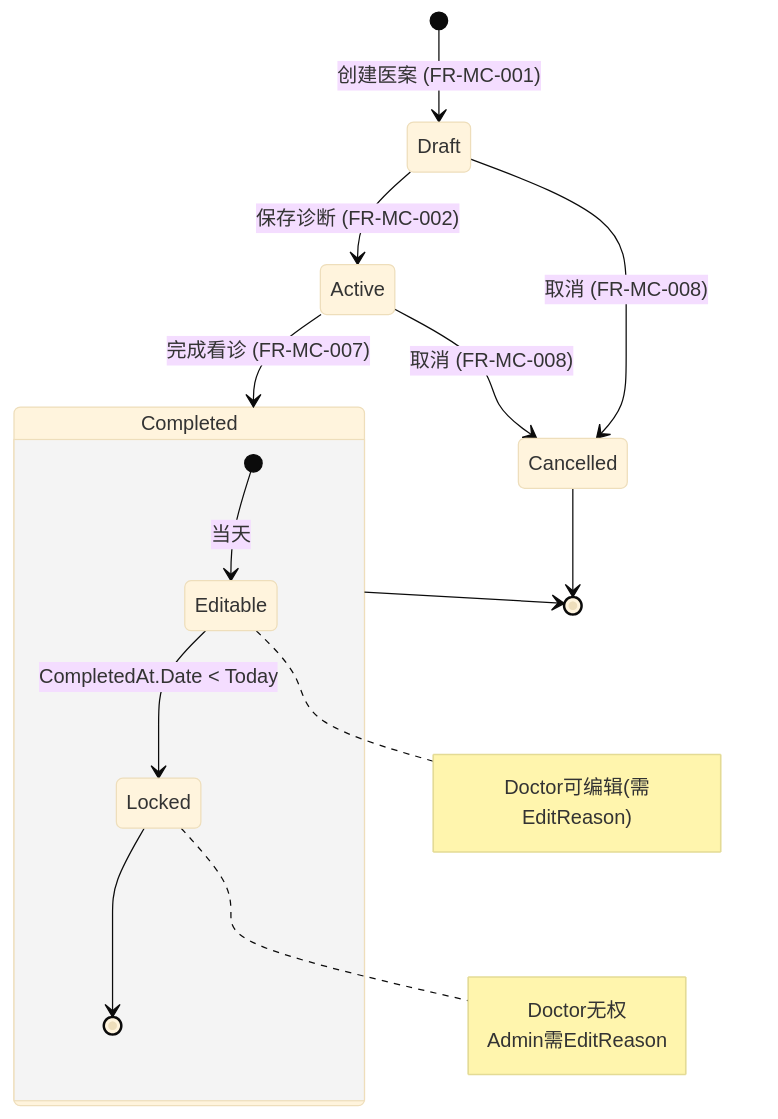
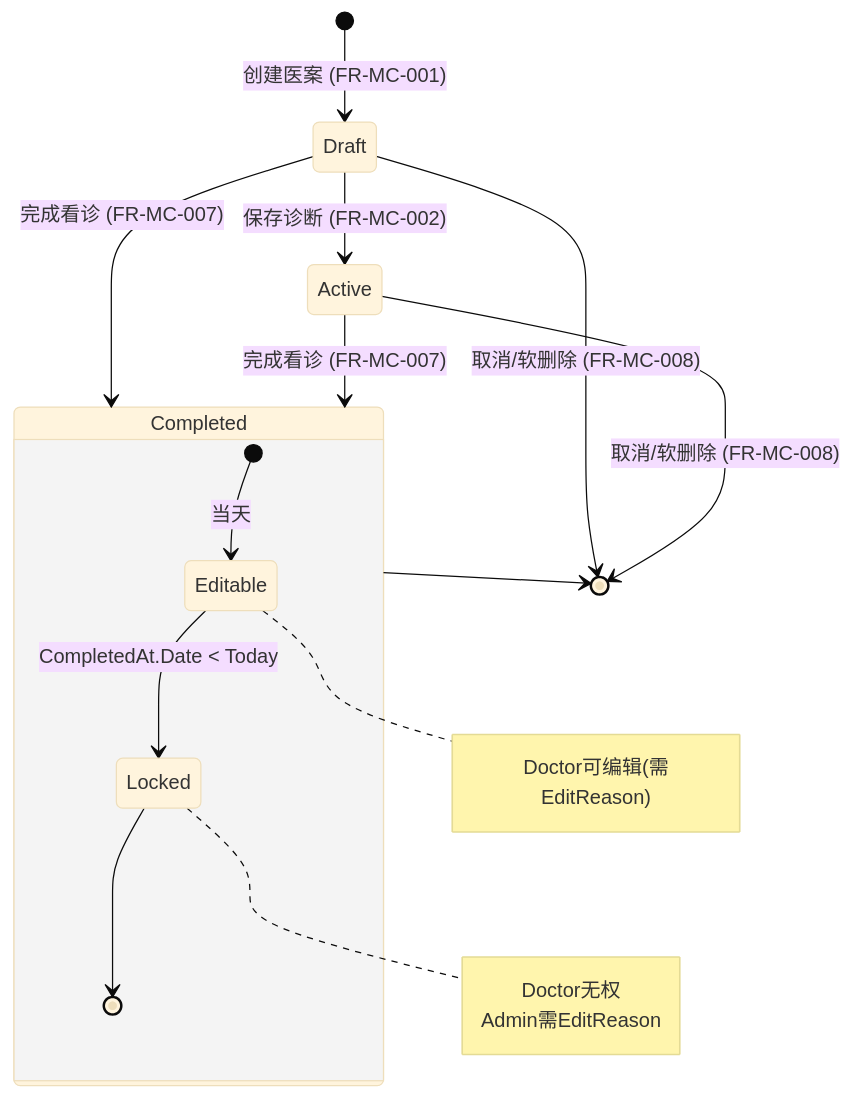
One commit to shouqitao/LYBTZYZS changed the third of 4 diagrams in docs/01-product/clinical-workflow.md. Above: the diagram before and after it, drawn with Mermaid (base theme). The commit also changed other lines of this file and 30 other files, not shown here.

````diff
--- a/docs/01-product/clinical-workflow.md
+++ b/docs/01-product/clinical-workflow.md
@@ -230,19 +230,19 @@
 ```mermaid
 stateDiagram-v2
     [*] --> Draft: 创建医案 (FR-MC-001)
     Draft --> Active: 保存诊断 (FR-MC-002)
-    Draft --> Cancelled: 取消 (FR-MC-008)
+    Draft --> Completed: 完成看诊 (FR-MC-007)
+    Draft --> [*]: 取消/软删除 (FR-MC-008)
     Active --> Completed: 完成看诊 (FR-MC-007)
-    Active --> Cancelled: 取消 (FR-MC-008)
+    Active --> [*]: 取消/软删除 (FR-MC-008)
     Completed --> [*]
-    Cancelled --> [*]
 
     state Completed {
         [*] --> Editable: 当天
         Editable --> Locked: CompletedAt.Date < Today
         Locked --> [*]
 
         note right of Editable: Doctor可编辑(需EditReason)
         note right of Locked: Doctor无权<br/>Admin需EditReason
     }
 ```
````
